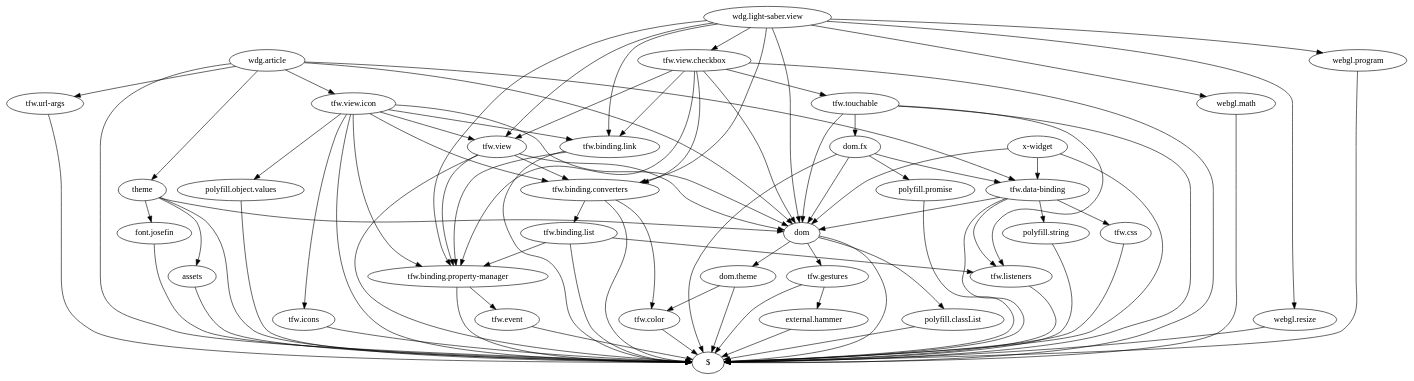
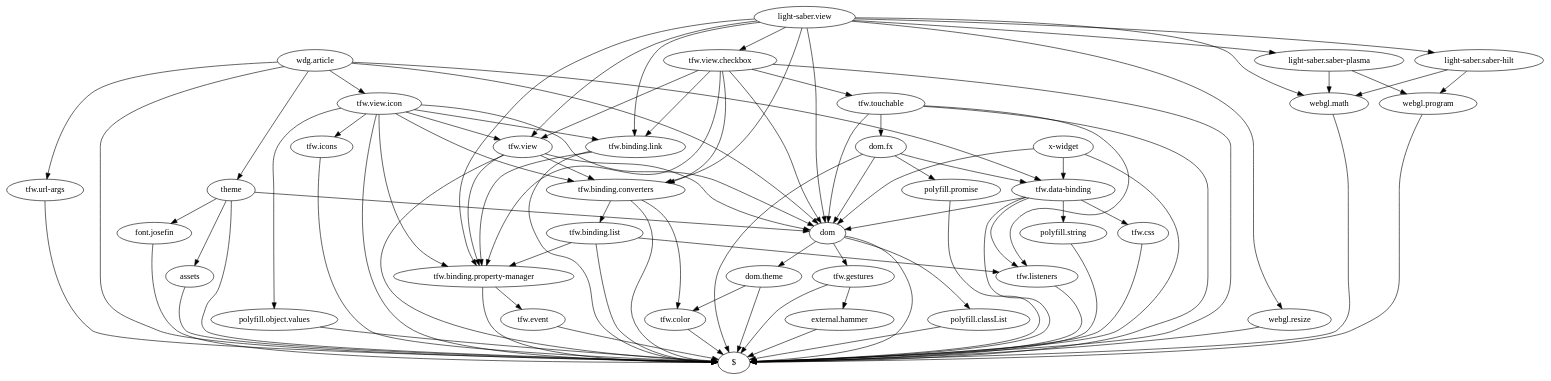
One commit to tolokoban/webgl-experiments changed the diagram in doc/light-saber.html.dot. Above: the diagram before and after it, drawn with Graphviz. The commit also changed 25 other files, not shown here.

```diff
--- a/doc/light-saber.html.dot
+++ b/doc/light-saber.html.dot
@@ -1,146 +1,154 @@
 digraph dependencies {
     "assets" -> "$"
     "wdg.article" -> "$"
 
     "wdg.article" -> "theme"
 
     "wdg.article" -> "dom"
 
     "wdg.article" -> "tfw.data-binding"
 
     "wdg.article" -> "tfw.view.icon"
 
     "wdg.article" -> "tfw.url-args"
     "tfw.url-args" -> "$"
     "tfw.view.icon" -> "$"
 
     "tfw.view.icon" -> "polyfill.object.values"
 
     "tfw.view.icon" -> "dom"
 
     "tfw.view.icon" -> "tfw.icons"
 
     "tfw.view.icon" -> "tfw.binding.property-manager"
 
     "tfw.view.icon" -> "tfw.view"
 
     "tfw.view.icon" -> "tfw.binding.link"
 
     "tfw.view.icon" -> "tfw.binding.converters"
     "tfw.binding.converters" -> "$"
 
     "tfw.binding.converters" -> "tfw.binding.list"
 
     "tfw.binding.converters" -> "tfw.color"
     "tfw.color" -> "$"
     "tfw.binding.list" -> "$"
 
     "tfw.binding.list" -> "tfw.binding.property-manager"
 
     "tfw.binding.list" -> "tfw.listeners"
     "tfw.listeners" -> "$"
     "tfw.binding.property-manager" -> "$"
 
     "tfw.binding.property-manager" -> "tfw.event"
     "tfw.event" -> "$"
     "tfw.binding.link" -> "$"
 
     "tfw.binding.link" -> "tfw.binding.property-manager"
     "tfw.view" -> "$"
 
     "tfw.view" -> "dom"
 
     "tfw.view" -> "tfw.binding.property-manager"
 
     "tfw.view" -> "tfw.binding.converters"
     "dom" -> "$"
 
     "dom" -> "polyfill.classList"
 
     "dom" -> "dom.theme"
 
     "dom" -> "tfw.gestures"
     "tfw.gestures" -> "$"
 
     "tfw.gestures" -> "external.hammer"
     "external.hammer" -> "$"
     "dom.theme" -> "$"
 
     "dom.theme" -> "tfw.color"
     "polyfill.classList" -> "$"
     "tfw.icons" -> "$"
     "polyfill.object.values" -> "$"
     "tfw.data-binding" -> "$"
 
     "tfw.data-binding" -> "polyfill.string"
 
     "tfw.data-binding" -> "dom"
 
     "tfw.data-binding" -> "tfw.css"
 
     "tfw.data-binding" -> "tfw.listeners"
     "tfw.css" -> "$"
     "polyfill.string" -> "$"
     "theme" -> "$"
 
     "theme" -> "assets"
 
     "theme" -> "font.josefin"
 
     "theme" -> "dom"
     "font.josefin" -> "$"
     "x-widget" -> "$"
 
     "x-widget" -> "dom"
 
     "x-widget" -> "tfw.data-binding"
-    "wdg.light-saber.view" -> "webgl.math"
+    "light-saber.view" -> "webgl.math"
 
-    "wdg.light-saber.view" -> "webgl.resize"
+    "light-saber.view" -> "webgl.resize"
 
-    "wdg.light-saber.view" -> "webgl.program"
+    "light-saber.view" -> "light-saber.saber-hilt"
 
-    "wdg.light-saber.view" -> "dom"
+    "light-saber.view" -> "light-saber.saber-plasma"
 
-    "wdg.light-saber.view" -> "tfw.binding.property-manager"
+    "light-saber.view" -> "dom"
 
-    "wdg.light-saber.view" -> "tfw.view"
+    "light-saber.view" -> "tfw.binding.property-manager"
 
-    "wdg.light-saber.view" -> "tfw.binding.link"
+    "light-saber.view" -> "tfw.view"
 
-    "wdg.light-saber.view" -> "tfw.binding.converters"
+    "light-saber.view" -> "tfw.binding.link"
 
-    "wdg.light-saber.view" -> "tfw.view.checkbox"
+    "light-saber.view" -> "tfw.binding.converters"
+
+    "light-saber.view" -> "tfw.view.checkbox"
     "tfw.view.checkbox" -> "$"
 
     "tfw.view.checkbox" -> "tfw.binding.property-manager"
 
     "tfw.view.checkbox" -> "tfw.touchable"
 
     "tfw.view.checkbox" -> "dom"
 
     "tfw.view.checkbox" -> "tfw.view"
 
     "tfw.view.checkbox" -> "tfw.binding.link"
 
     "tfw.view.checkbox" -> "tfw.binding.converters"
     "tfw.touchable" -> "$"
 
     "tfw.touchable" -> "dom"
 
     "tfw.touchable" -> "dom.fx"
 
     "tfw.touchable" -> "tfw.listeners"
     "dom.fx" -> "$"
 
     "dom.fx" -> "polyfill.promise"
 
     "dom.fx" -> "dom"
 
     "dom.fx" -> "tfw.data-binding"
     "polyfill.promise" -> "$"
+    "light-saber.saber-plasma" -> "webgl.math"
+
+    "light-saber.saber-plasma" -> "webgl.program"
     "webgl.program" -> "$"
+    "webgl.math" -> "$"
+    "light-saber.saber-hilt" -> "webgl.math"
+
+    "light-saber.saber-hilt" -> "webgl.program"
     "webgl.resize" -> "$"
-    "webgl.math" -> "$"
 
 }
```
